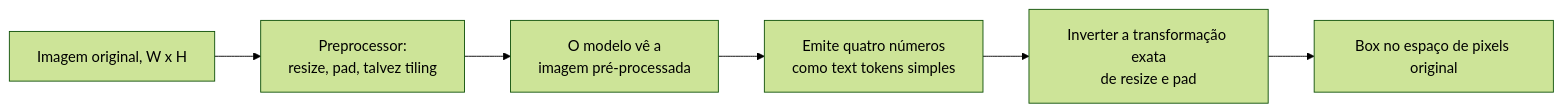
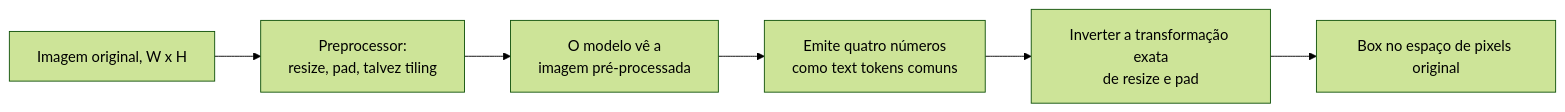
Before and after one commit to andrevberaldo/AI-Engineer-Interview-Questions: the fifth of 21 diagrams in 10-multimodal/questions.pt-BR.md, drawn with Mermaid (forest theme). The commit also changed other lines of this file and 1 other file, not shown here.

````diff
--- a/10-multimodal/questions.pt-BR.md
+++ b/10-multimodal/questions.pt-BR.md
@@ -173,8 +173,8 @@
 ```mermaid
 flowchart LR
     A["Imagem original, W x H"] --> B["Preprocessor:<br/>resize, pad, talvez tiling"]
     B --> C["O modelo vê a<br/>imagem pré-processada"]
-    C --> D["Emite quatro números<br/>como text tokens simples"]
+    C --> D["Emite quatro números<br/>como text tokens comuns"]
     D --> E["Inverter a transformação exata<br/>de resize e pad"]
     E --> F["Box no espaço de pixels original"]
 ```
````
